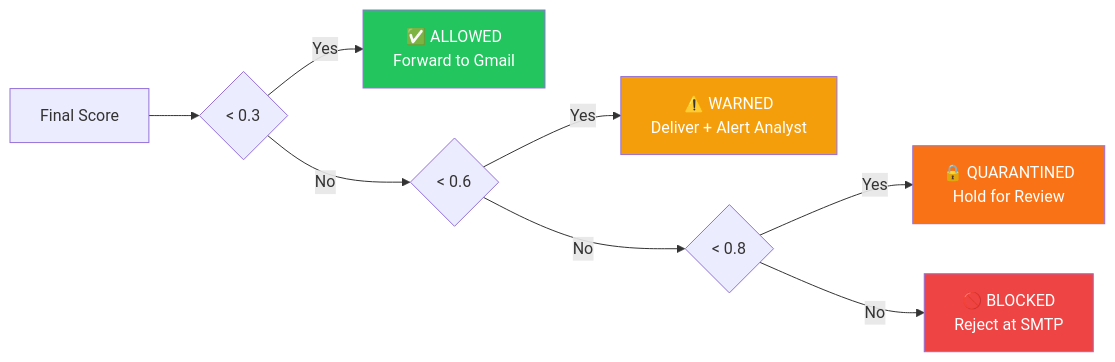
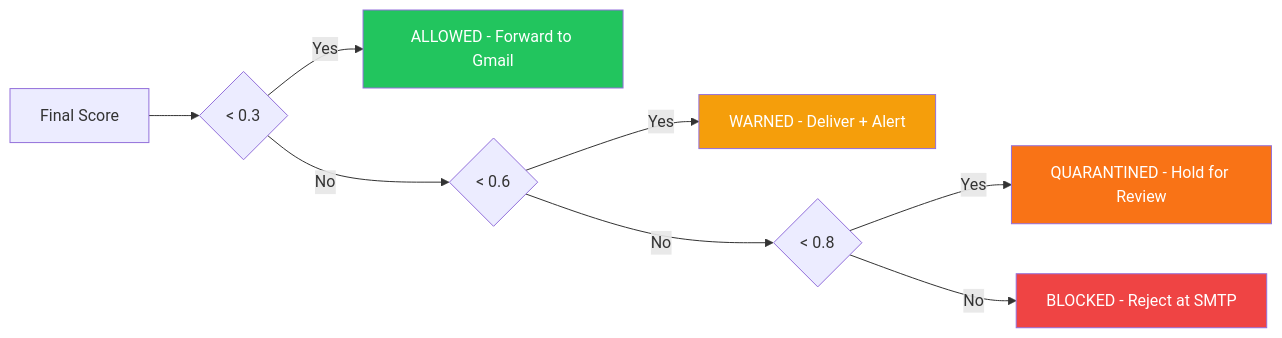
The second of 7 diagrams in docs/ARCHITECTURE.md (sogliano/guardia), drawn with Mermaid before and after one commit. The commit also changed other lines of this file and 2 other files, not shown here.

````diff
--- a/docs/ARCHITECTURE.md
+++ b/docs/ARCHITECTURE.md
@@ -102,15 +102,15 @@
 ```mermaid
 graph LR
     SCORE["Final Score"] --> A{"< 0.3"}
-    A -->|Yes| ALLOW["✅ ALLOWED\nForward to Gmail"]
+    A -->|Yes| ALLOW["ALLOWED - Forward to Gmail"]
     A -->|No| B{"< 0.6"}
-    B -->|Yes| WARN["⚠️ WARNED\nDeliver + Alert Analyst"]
+    B -->|Yes| WARN["WARNED - Deliver + Alert"]
     B -->|No| C{"< 0.8"}
-    C -->|Yes| QUAR["🔒 QUARANTINED\nHold for Review"]
-    C -->|No| BLOCK["🚫 BLOCKED\nReject at SMTP"]
+    C -->|Yes| QUAR["QUARANTINED - Hold for Review"]
+    C -->|No| BLOCK["BLOCKED - Reject at SMTP"]
 
     style ALLOW fill:#22c55e,color:#fff
     style WARN fill:#f59e0b,color:#fff
     style QUAR fill:#f97316,color:#fff
     style BLOCK fill:#ef4444,color:#fff
 ```
````
